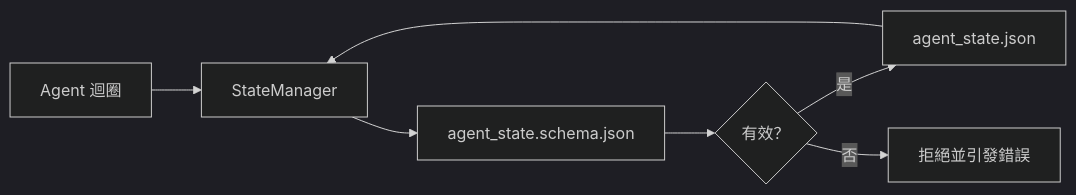
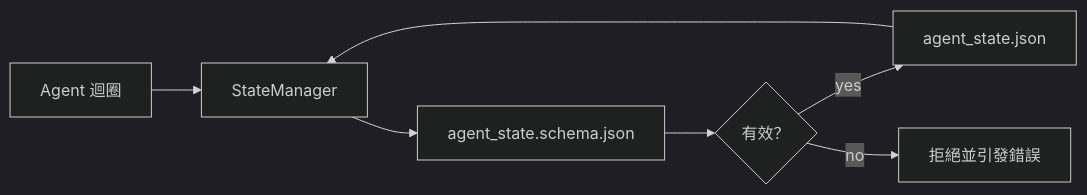
The diagram in i18n/zh-TW/phases/14-agent-engineering/34-repo-memory-and-state/docs/zh-TW.md (edward821220/ai-engineering-from-scratch), drawn with Mermaid (dark theme) before and after one commit. The commit also changed other lines of this file and 14 other files, not shown here.

````diff
--- a/i18n/zh-TW/phases/14-agent-engineering/34-repo-memory-and-state/docs/zh-TW.md
+++ b/i18n/zh-TW/phases/14-agent-engineering/34-repo-memory-and-state/docs/zh-TW.md
@@ -25,9 +25,9 @@
 ```mermaid
 flowchart LR
   Agent[Agent 迴圈] --> Manager[StateManager]
   Manager --> Schema[agent_state.schema.json]
   Schema --> Validate{有效？}
-  Validate -- 是 --> Write[agent_state.json]
-  Validate -- 否 --> Reject[拒絕並引發錯誤]
+  Validate -- yes --> Write[agent_state.json]
+  Validate -- no --> Reject[拒絕並引發錯誤]
   Write --> Manager
 ```
````
